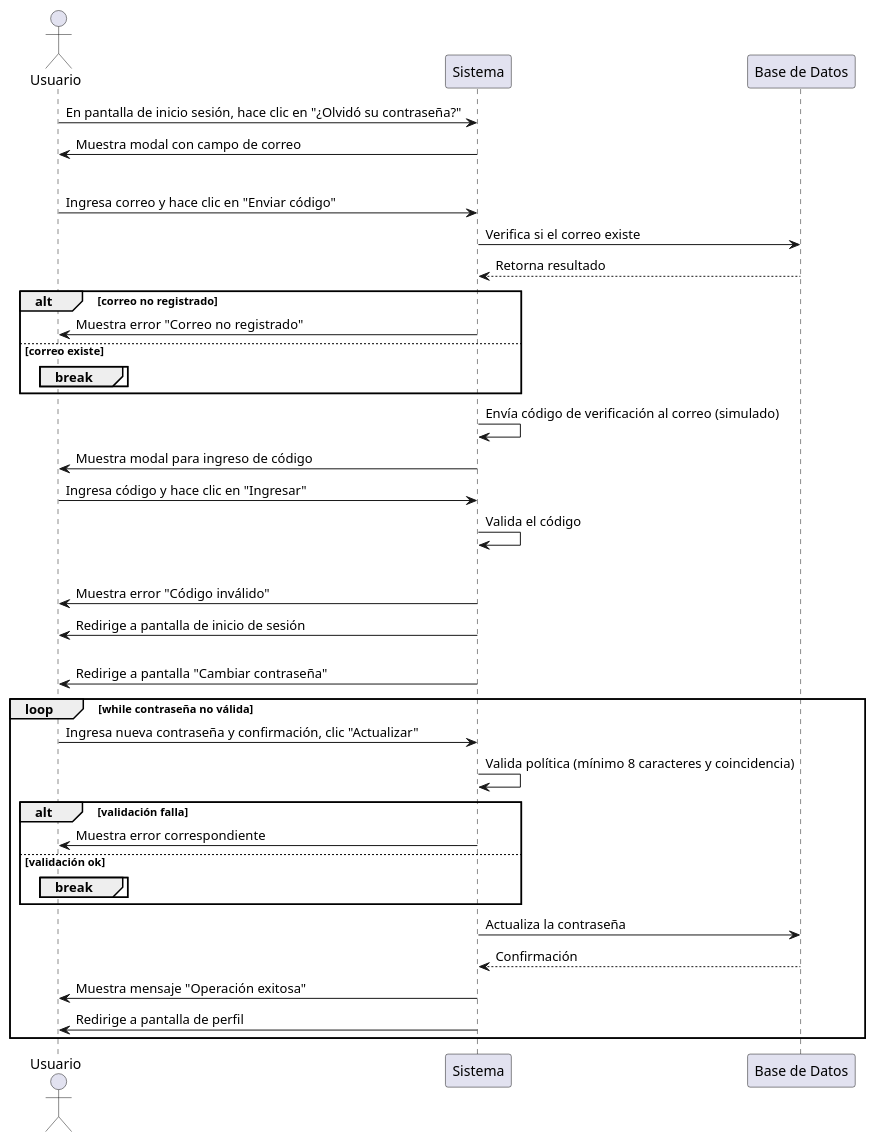
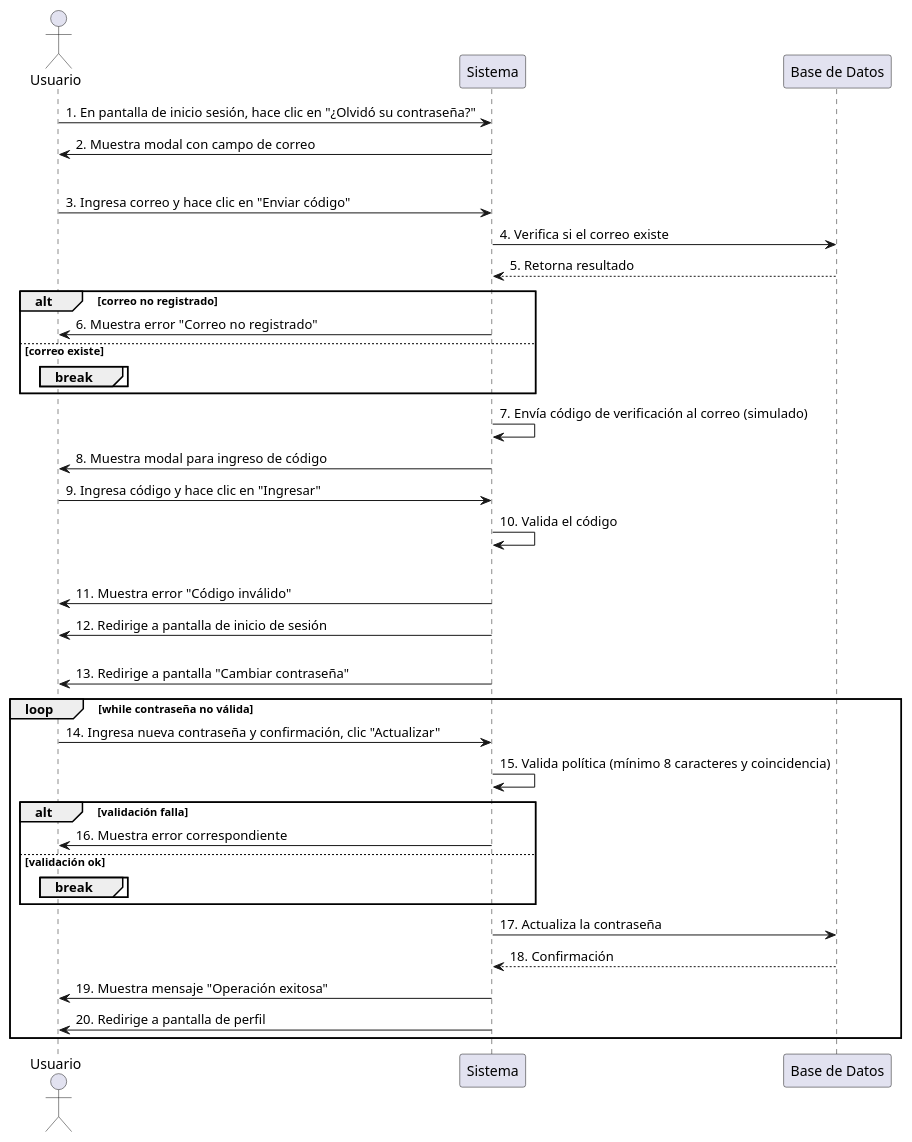
One commit to LauKnitIn/SISTEMA-GESTOR-DE-RECORRIDOS changed the diagram in diagramas_modulo_autenticacion/secuencia-modulo-autenticacion/Secuencia_Recuperar_contraseña.puml. Above: the diagram before and after it, drawn with PlantUML. The commit also changed 4 other files, not shown here.

Commit message:
Se agrego numeración a los pasos de los diagramas de secuencia

```diff
--- a/diagramas_modulo_autenticacion/secuencia-modulo-autenticacion/Secuencia_Recuperar_contraseña.puml
+++ b/diagramas_modulo_autenticacion/secuencia-modulo-autenticacion/Secuencia_Recuperar_contraseña.puml
@@ -1,44 +1,44 @@
 @startuml
 actor Usuario
 participant "Sistema" as S
 participant "Base de Datos" as BD
 
-Usuario -> S: En pantalla de inicio sesión, hace clic en "¿Olvidó su contraseña?"
-S -> Usuario: Muestra modal con campo de correo
+Usuario -> S: 1. En pantalla de inicio sesión, hace clic en "¿Olvidó su contraseña?"
+S -> Usuario: 2. Muestra modal con campo de correo
 
 loop while correo no válido
-  Usuario -> S: Ingresa correo y hace clic en "Enviar código"
-  S -> BD: Verifica si el correo existe
-  BD --> S: Retorna resultado
+  Usuario -> S: 3. Ingresa correo y hace clic en "Enviar código"
+  S -> BD: 4. Verifica si el correo existe
+  BD --> S: 5. Retorna resultado
   alt correo no registrado
-    S -> Usuario: Muestra error "Correo no registrado"
+    S -> Usuario: 6. Muestra error "Correo no registrado"
   else correo existe
     break
   end
 end
 
-S -> S: Envía código de verificación al correo (simulado)
-S -> Usuario: Muestra modal para ingreso de código
+S -> S: 7. Envía código de verificación al correo (simulado)
+S -> Usuario: 8. Muestra modal para ingreso de código
 
-Usuario -> S: Ingresa código y hace clic en "Ingresar"
-S -> S: Valida el código
+Usuario -> S: 9. Ingresa código y hace clic en "Ingresar"
+S -> S: 10. Valida el código
 alt código inválido
-  S -> Usuario: Muestra error "Código inválido"
-  S -> Usuario: Redirige a pantalla de inicio de sesión
+  S -> Usuario: 11. Muestra error "Código inválido"
+  S -> Usuario: 12. Redirige a pantalla de inicio de sesión
 else código válido
-  S -> Usuario: Redirige a pantalla "Cambiar contraseña"
+  S -> Usuario: 13. Redirige a pantalla "Cambiar contraseña"
   loop while contraseña no válida
-    Usuario -> S: Ingresa nueva contraseña y confirmación, clic "Actualizar"
-    S -> S: Valida política (mínimo 8 caracteres y coincidencia)
+    Usuario -> S: 14. Ingresa nueva contraseña y confirmación, clic "Actualizar"
+    S -> S: 15. Valida política (mínimo 8 caracteres y coincidencia)
     alt validación falla
-      S -> Usuario: Muestra error correspondiente
+      S -> Usuario: 16. Muestra error correspondiente
     else validación ok
       break
     end
   end
-  S -> BD: Actualiza la contraseña
-  BD --> S: Confirmación
-  S -> Usuario: Muestra mensaje "Operación exitosa"
-  S -> Usuario: Redirige a pantalla de perfil
+  S -> BD: 17. Actualiza la contraseña
+  BD --> S: 18. Confirmación
+  S -> Usuario: 19. Muestra mensaje "Operación exitosa"
+  S -> Usuario: 20. Redirige a pantalla de perfil
 end
 @enduml
```
